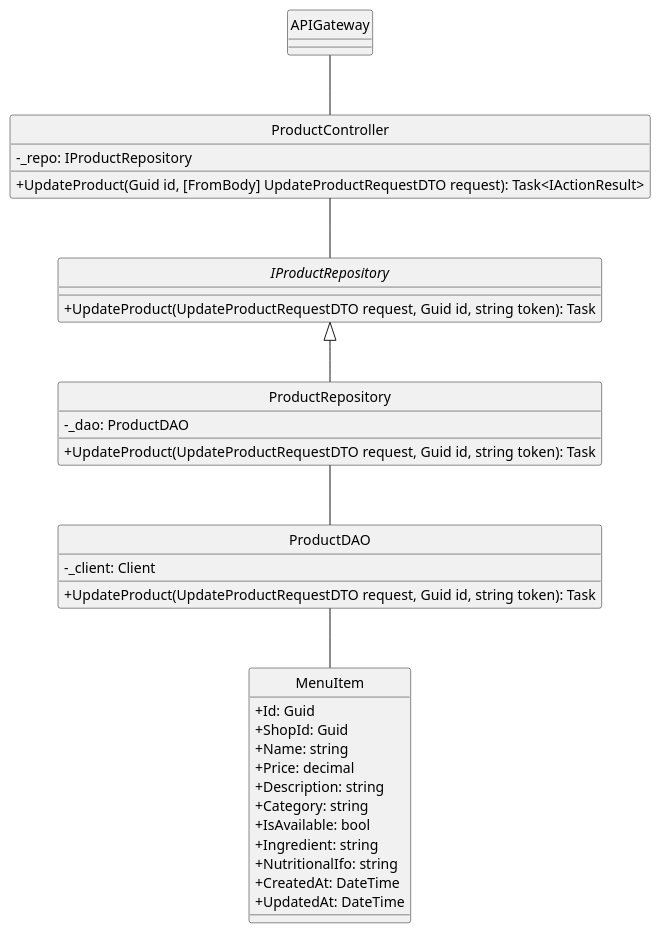
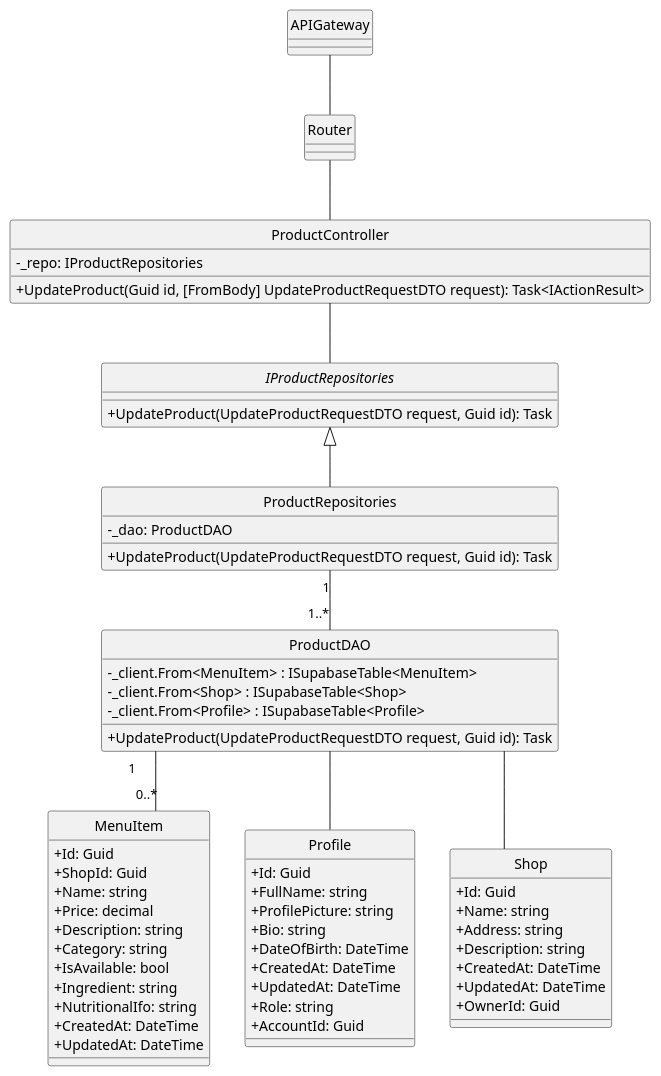
Before and after one commit to minhnhut23/FPT-OBOMS: the diagram in docs/ClassDiagram/Product/UpdateProduct.plantuml, drawn with PlantUML. The commit also changed 9 other files, not shown here.

Commit message:
Product + Shop

```diff
--- a/docs/ClassDiagram/Product/UpdateProduct.plantuml
+++ b/docs/ClassDiagram/Product/UpdateProduct.plantuml
@@ -1,54 +1,83 @@
 @startuml
 hide circle
 skinparam classAttributeIconSize 0
 skinparam linetype ortho
 
 class APIGateway {
 }
+
+class Router {
+}
+
 ' Controller exposing the UpdateProduct endpoint
 class ProductController {
-    - _repo: IProductRepository
+    - _repo: IProductRepositories
     + UpdateProduct(Guid id, [FromBody] UpdateProductRequestDTO request): Task<IActionResult>
 }
 
 ' Repository interface declaring the UpdateProduct method
-interface IProductRepository {
-    + UpdateProduct(UpdateProductRequestDTO request, Guid id, string token): Task
+interface IProductRepositories {
+    + UpdateProduct(UpdateProductRequestDTO request, Guid id): Task
 }
 
 ' Repository implementation that delegates to the DAO
-class ProductRepository {
+class ProductRepositories {
     - _dao: ProductDAO
-    + UpdateProduct(UpdateProductRequestDTO request, Guid id, string token): Task
+    + UpdateProduct(UpdateProductRequestDTO request, Guid id): Task
 }
 
 ' Data Access Object handling the update operation
 class ProductDAO {
-    - _client: Client
-    + UpdateProduct(UpdateProductRequestDTO request, Guid id, string token): Task
+    - _client.From<MenuItem> : ISupabaseTable<MenuItem>
+    - _client.From<Shop> : ISupabaseTable<Shop>
+    - _client.From<Profile> : ISupabaseTable<Profile>
+    + UpdateProduct(UpdateProductRequestDTO request, Guid id): Task
 }
 
 
 ' Domain model representing a product record
 class MenuItem {
     + Id: Guid
     + ShopId: Guid
     + Name: string
     + Price: decimal
     + Description: string
     + Category: string
     + IsAvailable: bool
     + Ingredient: string
     + NutritionalIfo: string
     + CreatedAt: DateTime
     + UpdatedAt: DateTime
 }
 
+class Profile {
+    + Id: Guid
+    + FullName: string
+    + ProfilePicture: string
+    + Bio: string
+    + DateOfBirth: DateTime
+    + CreatedAt: DateTime
+    + UpdatedAt: DateTime
+    + Role: string
+    + AccountId: Guid
+}
 
-' Relationships
-APIGateway -- ProductController
-ProductController -- IProductRepository
-IProductRepository <|-- ProductRepository
-ProductRepository -- ProductDAO
-ProductDAO -- MenuItem
+class Shop {
+    + Id: Guid
+    + Name: string
+    + Address: string
+    + Description: string
+    + CreatedAt: DateTime
+    + UpdatedAt: DateTime
+    + OwnerId: Guid
+}
+
+APIGateway -- Router
+Router -- ProductController
+ProductController -- IProductRepositories 
+IProductRepositories <|-- ProductRepositories
+ProductRepositories "1"--"1..*" ProductDAO
+ProductDAO "1" -- "0..*" MenuItem
+ProductDAO -- Shop
+ProductDAO  --  Profile
 @enduml
```
